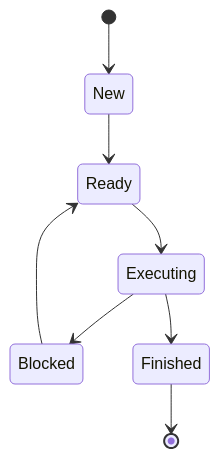
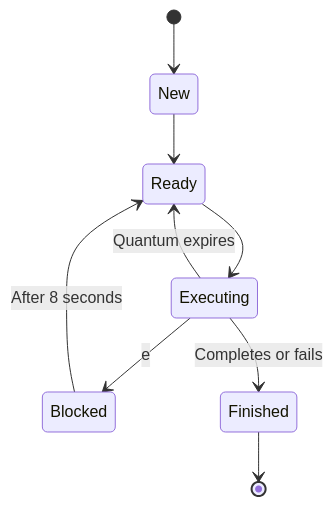
The diagram in README.md (lizbh26/os_simulator), drawn with Mermaid before and after one commit. The commit also changed other lines of this file, not shown here.

````diff
--- a/README.md
+++ b/README.md
@@ -106,10 +107,11 @@
 ```mermaid
-stateDiagram
+stateDiagram-v2
     [*] --> New
     New --> Ready
     Ready --> Executing
-    Executing --> Blocked
-    Blocked --> Ready
-    Executing --> Finished
+    Executing --> Ready: Quantum expires
+    Executing --> Blocked: e
+    Blocked --> Ready: After 8 seconds
+    Executing --> Finished: Completes or fails
     Finished --> [*]
 ```
````
